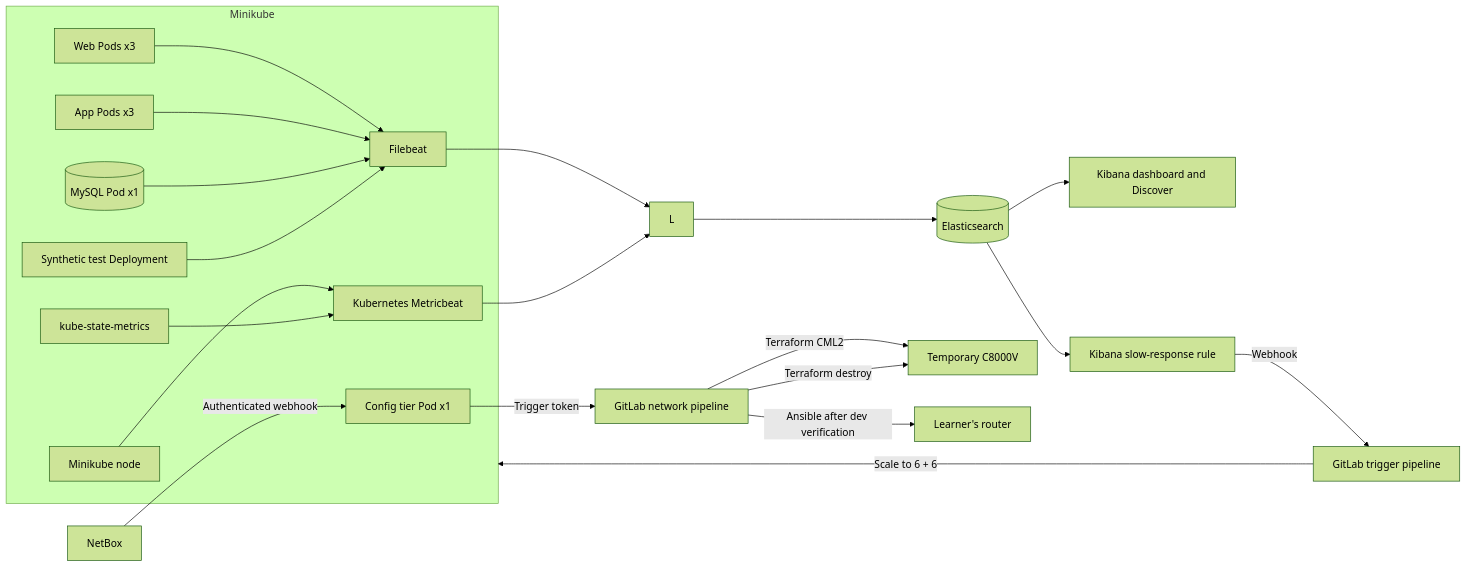
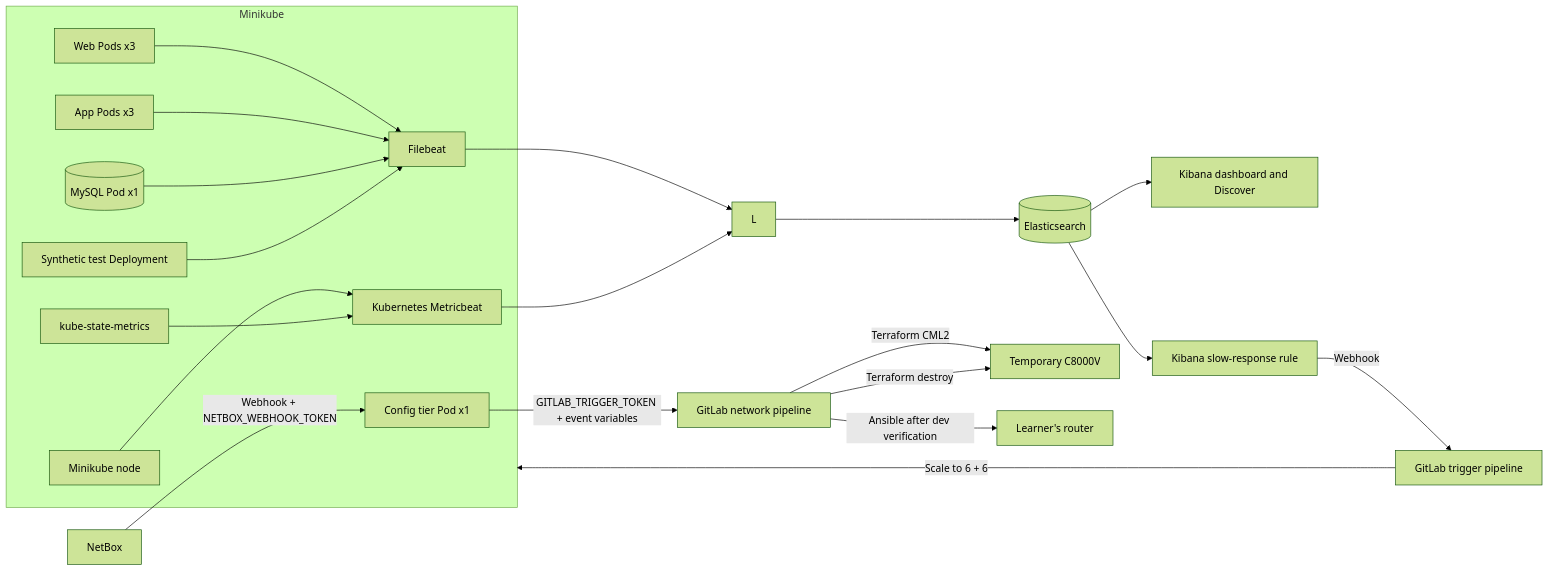
One commit to tanthanh85/devops changed the diagram in lab/Lab 08 - NetBox-Driven Network Configuration/Lab8.md. Above: the diagram before and after it, drawn with Mermaid (forest theme). The commit also changed other lines of this file and 1 other file, not shown here.

````diff
--- a/lab/Lab 08 - NetBox-Driven Network Configuration/Lab8.md
+++ b/lab/Lab 08 - NetBox-Driven Network Configuration/Lab8.md
@@ -34,32 +34,32 @@
 ```mermaid
 flowchart LR
     subgraph K[Minikube]
       MN[Minikube node]
       W[Web Pods x3]
       A[App Pods x3]
       DB[(MySQL Pod x1)]
       C[Config tier Pod x1]
       S[Synthetic test Deployment]
       F[Filebeat]
       KM[Kubernetes Metricbeat]
       KS[kube-state-metrics]
       W --> F
       A --> F
       DB --> F
       S --> F
       MN --> KM
       KS --> KM
     end
     F --> L
     KM --> L
     L --> E[(Elasticsearch)]
     E --> B[Kibana dashboard and Discover]
     E --> R[Kibana slow-response rule]
     R -->|Webhook| G[GitLab trigger pipeline]
     G -->|Scale to 6 + 6| K
-    NB[NetBox] -->|Authenticated webhook| C
-    C -->|Trigger token| GP[GitLab network pipeline]
+    NB[NetBox] -->|Webhook + NETBOX_WEBHOOK_TOKEN| C
+    C -->|GITLAB_TRIGGER_TOKEN + event variables| GP[GitLab network pipeline]
     GP -->|Terraform CML2| CML[Temporary C8000V]
     GP -->|Ansible after dev verification| LR[Learner's router]
     GP -->|Terraform destroy| CML
 ```
````
